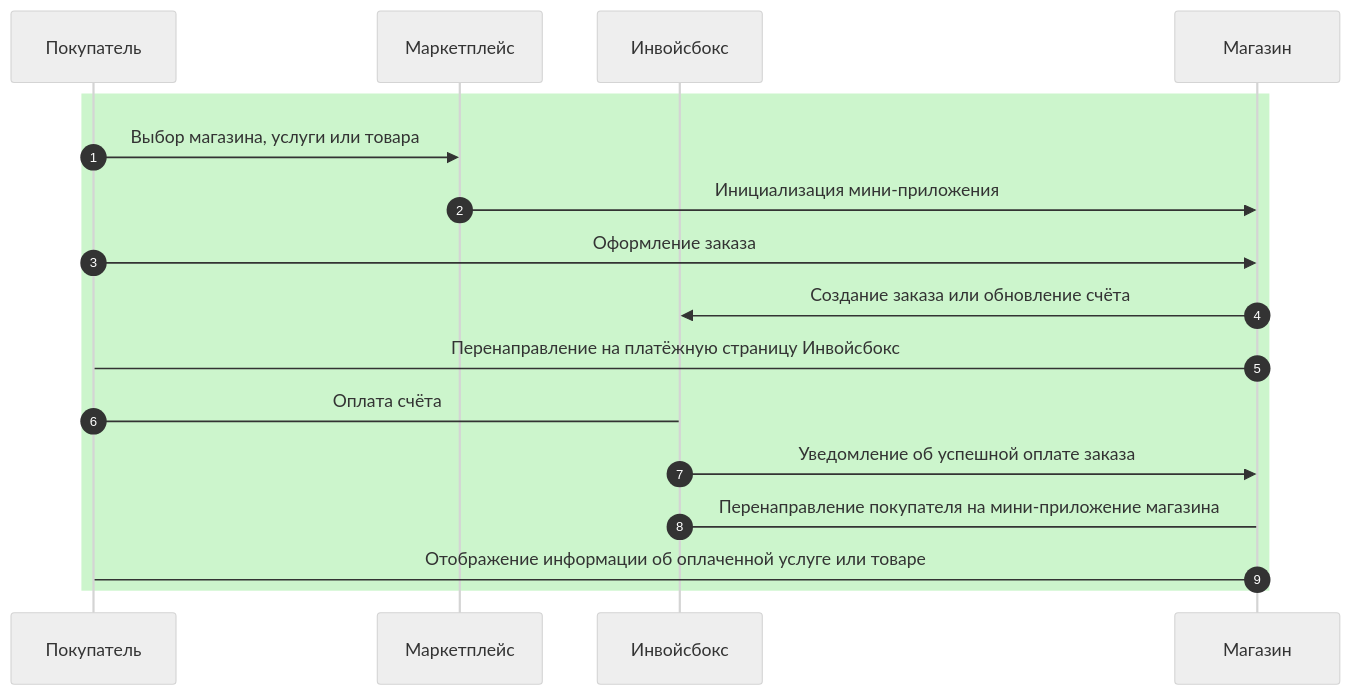
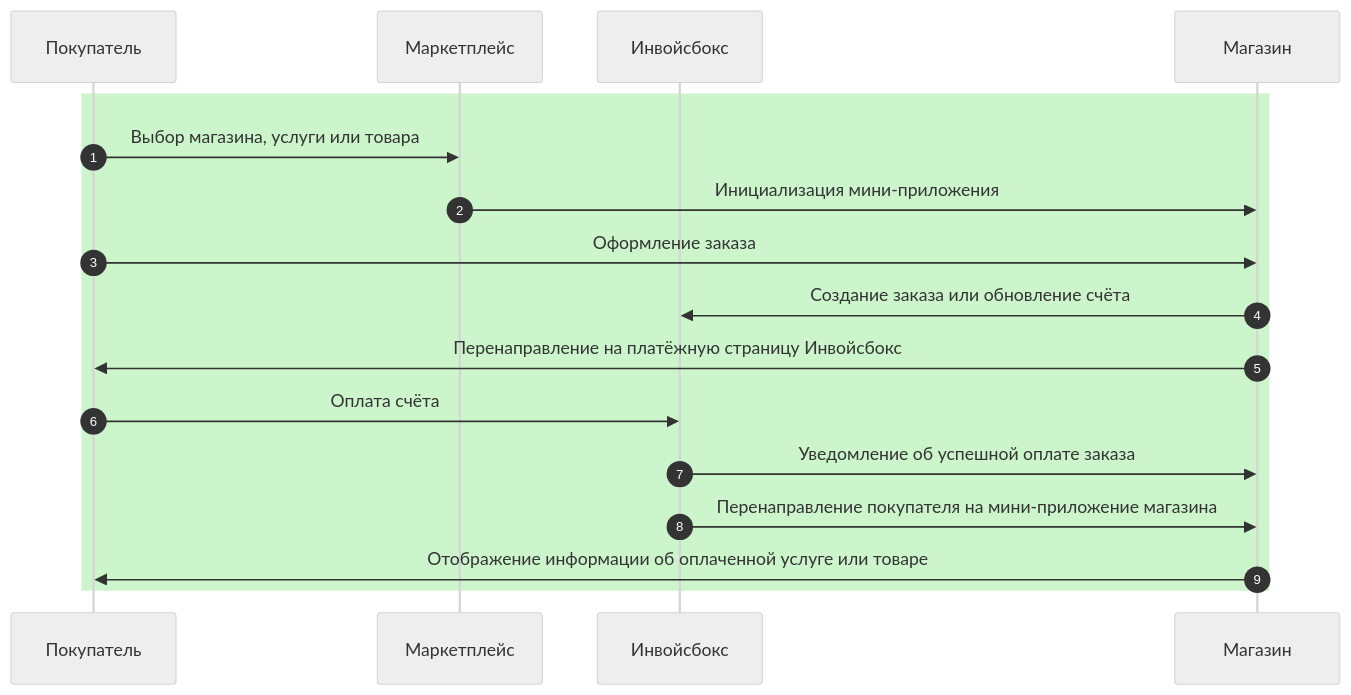
Before and after one commit to YIGRIKY/invoicebox-docs: the diagram in docs/marketplace/mini-apps/schema.md, drawn with Mermaid (neutral theme). The commit also changed other lines of this file, not shown here.

Commit message:
Schema improvement

```diff
--- a/docs/marketplace/mini-apps/schema.md
+++ b/docs/marketplace/mini-apps/schema.md
@@ -12,19 +12,19 @@
 <div class="mermaid">
 sequenceDiagram
     autonumber
     participant Покупатель
     participant Маркетплейс
     participant Инвойсбокс
     participant Магазин
     rect rgb(204, 245, 204)
       Покупатель->>Маркетплейс: Выбор магазина, услуги или товара
       Маркетплейс->>Магазин: Инициализация мини-приложения
       Покупатель->>Магазин: Оформление заказа
       Магазин->>Инвойсбокс: Создание заказа или обновление счёта
-      Магазин->Покупатель: Перенаправление на платёжную страницу Инвойсбокс
-      Покупатель->Инвойсбокс: Оплата счёта
+      Магазин->>Покупатель: Перенаправление на платёжную страницу Инвойсбокс
+      Покупатель->>Инвойсбокс: Оплата счёта
       Инвойсбокс->>Магазин: Уведомление об успешной оплате заказа
-      Инвойсбокс->Магазин: Перенаправление покупателя на мини-приложение магазина
-      Магазин->Покупатель: Отображение информации об оплаченной услуге или товаре
+      Инвойсбокс->>Магазин: Перенаправление покупателя на мини-приложение магазина
+      Магазин->>Покупатель: Отображение информации об оплаченной услуге или товаре
     end
 </div>
```
